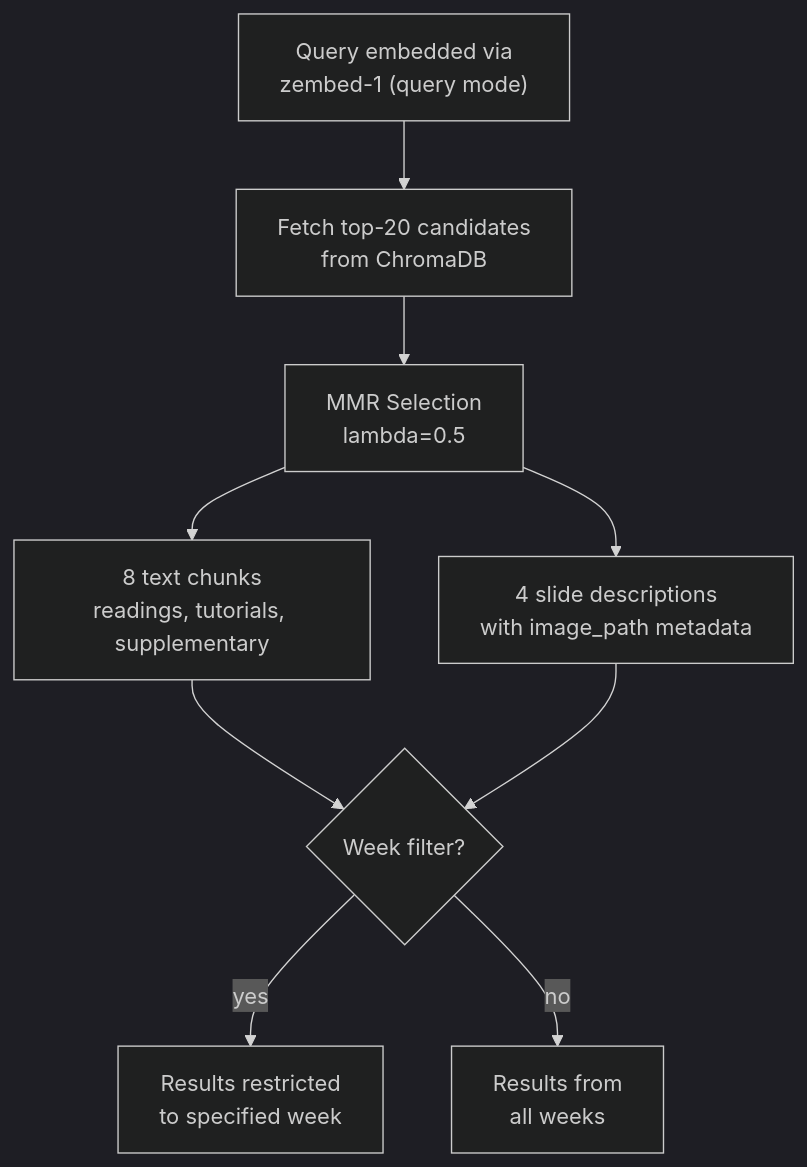
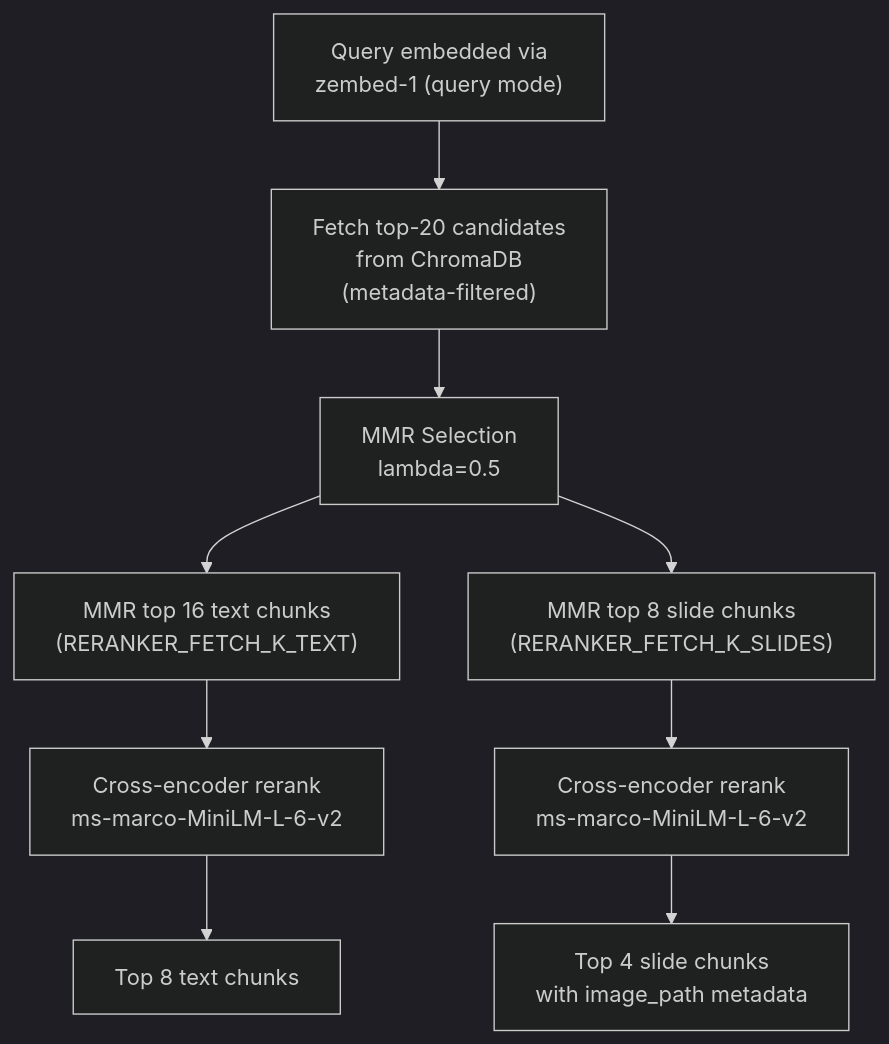
The fourth of 6 diagrams in docs/architecture.md (ZainAlSaffi-Dev/ashGPT), drawn with Mermaid (dark theme) before and after one commit. The commit also changed other lines of this file and 12 other files, not shown here.

````diff
--- a/docs/architecture.md
+++ b/docs/architecture.md
@@ -102,11 +111,11 @@
 ```mermaid
 graph TD
-    QueryEmbed["Query embedded via\nzembed-1 (query mode)"] --> Candidates["Fetch top-20 candidates\nfrom ChromaDB"]
+    QueryEmbed["Query embedded via\nzembed-1 (query mode)"] --> Candidates["Fetch top-20 candidates\nfrom ChromaDB\n(metadata-filtered)"]
     Candidates --> MMR["MMR Selection\nlambda=0.5"]
-    MMR --> TextChunks["8 text chunks\nreadings, tutorials, supplementary"]
-    MMR --> SlideChunks["4 slide descriptions\nwith image_path metadata"]
-    TextChunks --> FilterMeta{"Week filter?"}
-    SlideChunks --> FilterMeta
-    FilterMeta -->|"yes"| Filtered["Results restricted\nto specified week"]
-    FilterMeta -->|"no"| AllWeeks["Results from\nall weeks"]
+    MMR --> TextPool["MMR top 16 text chunks\n(RERANKER_FETCH_K_TEXT)"]
+    MMR --> SlidePool["MMR top 8 slide chunks\n(RERANKER_FETCH_K_SLIDES)"]
+    TextPool --> RerankerT["Cross-encoder rerank\nms-marco-MiniLM-L-6-v2"]
+    SlidePool --> RerankerS["Cross-encoder rerank\nms-marco-MiniLM-L-6-v2"]
+    RerankerT --> TextChunks["Top 8 text chunks"]
+    RerankerS --> SlideChunks["Top 4 slide chunks\nwith image_path metadata"]
 ```
````
